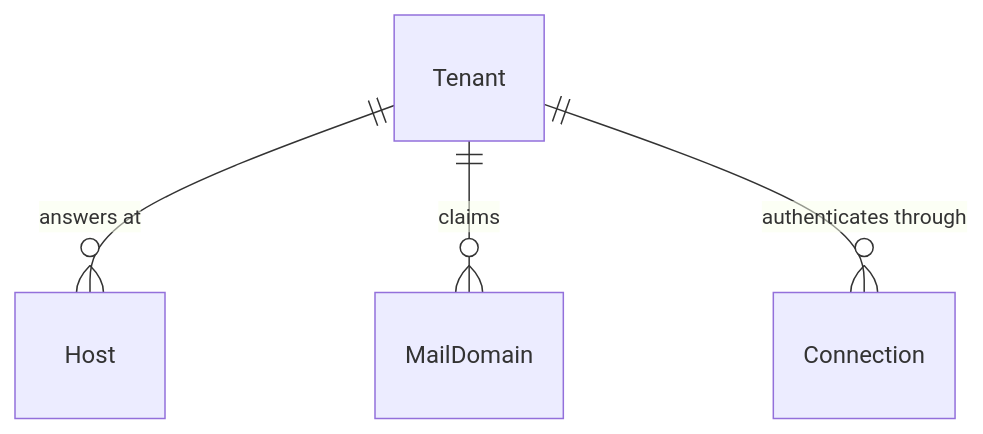
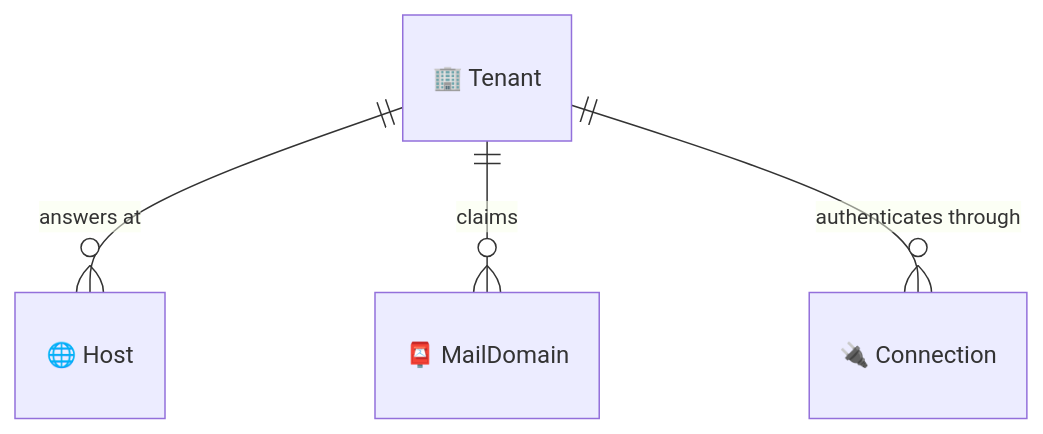
The seventh of 7 diagrams in docs/entity.md (lesomnus/roster), drawn with Mermaid before and after one commit. The commit also changed other lines of this file and 16 other files, not shown here.

````diff
--- a/docs/entity.md
+++ b/docs/entity.md
@@ -325,6 +461,6 @@
 ```mermaid
 erDiagram
-  Tenant ||--o{ Host : "answers at"
-  Tenant ||--o{ MailDomain : "claims"
-  Tenant ||--o{ Connection : "authenticates through"
+  "🏢 Tenant"  ||--o{  "🌐 Host" : "answers at"
+  "🏢 Tenant"  ||--o{  "📮 MailDomain" : "claims"
+  "🏢 Tenant"  ||--o{  "🔌 Connection" : "authenticates through"
 ```
````
